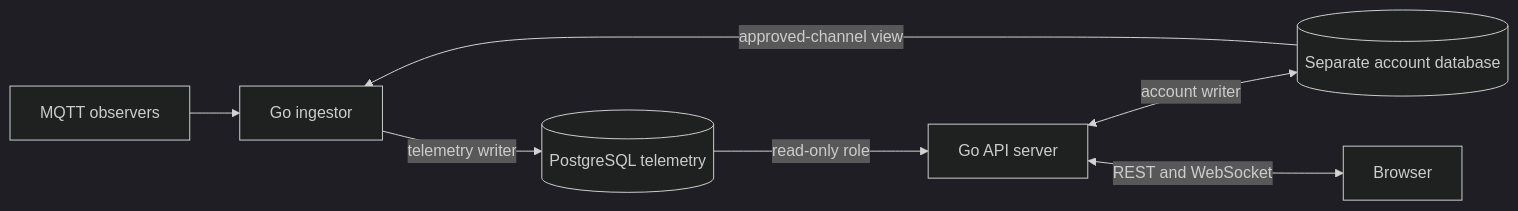
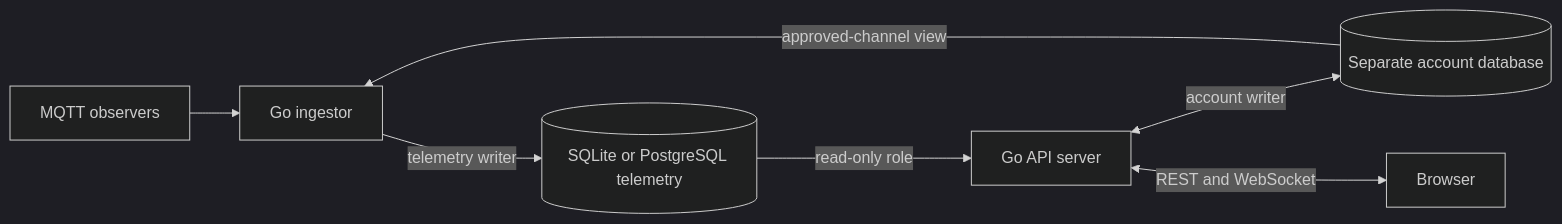
The diagram in README.md (Kpa-clawbot/CoreScope), drawn with Mermaid (dark theme) before and after one commit. The commit also changed other lines of this file and 269 other files, not shown here.

Commit message:
feat(storage): keep SQLite default with verified optional PostgreSQL

````diff
--- a/README.md
+++ b/README.md
@@ -148,9 +151,9 @@
 ```mermaid
 flowchart LR
     MQTT[MQTT observers] --> Ingestor[Go ingestor]
-    Ingestor -->|telemetry writer| Telemetry[(PostgreSQL telemetry)]
+    Ingestor -->|telemetry writer| Telemetry[(SQLite or PostgreSQL telemetry)]
     Telemetry -->|read-only role| Server[Go API server]
     Server <-->|account writer| Accounts[(Separate account database)]
     Accounts -->|approved-channel view| Ingestor
     Server <-->|REST and WebSocket| Browser
 ```
````
